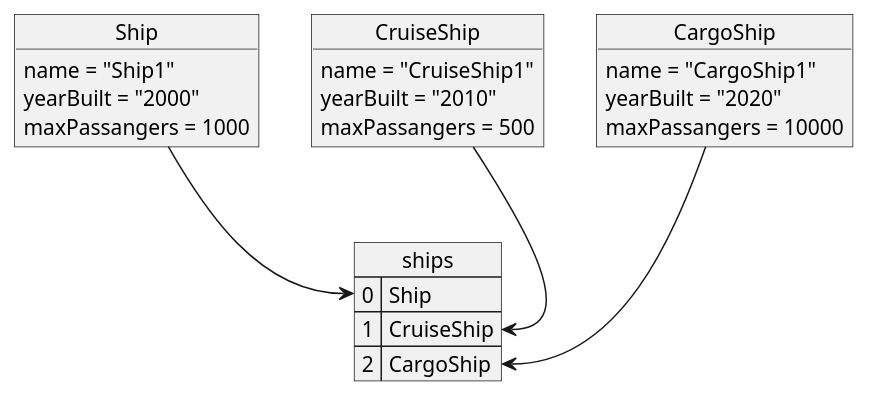
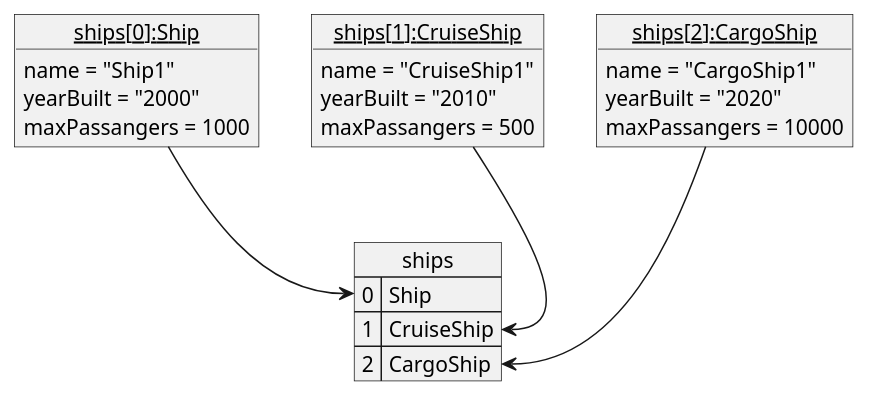
One commit to Oxalate2/CS4800_HW3_UML changed the diagram in Polymorphism_Object.puml. Above: the diagram before and after it, drawn with PlantUML.

```diff
--- a/Polymorphism_Object.puml
+++ b/Polymorphism_Object.puml
@@ -1,30 +1,26 @@
 @startuml
 
-object Ship
-object CruiseShip
-object CargoShip
-
+object "<u>ships[0]:Ship</u>" as ogS{
+    name = "Ship1"
+    yearBuilt = "2000"
+    maxPassangers = 1000
+}
+object "<u>ships[1]:CruiseShip</u>" as crS{
+    name = "CruiseShip1"
+    yearBuilt = "2010"
+    maxPassangers = 500
+}
+object "<u>ships[2]:CargoShip</u>" as carS{
+    name = "CargoShip1"
+    yearBuilt = "2020"
+    maxPassangers = 10000
+}
 map ships {
     0 => Ship
     1 => CruiseShip
     2 => CargoShip
 }
-object Ship {
-    name = "Ship1"
-    yearBuilt = "2000"
-    maxPassangers = 1000
-}
-object CruiseShip {
-    name = "CruiseShip1"
-    yearBuilt = "2010"
-    maxPassangers = 500
-}
-object CargoShip {
-    name = "CargoShip1"
-    yearBuilt = "2020"
-    maxPassangers = 10000
-}
-Ship --> ships::0
-CruiseShip --> ships::1
-CargoShip --> ships::2
+ogS --> ships::0
+crS --> ships::1
+carS --> ships::2
 @enduml
```
